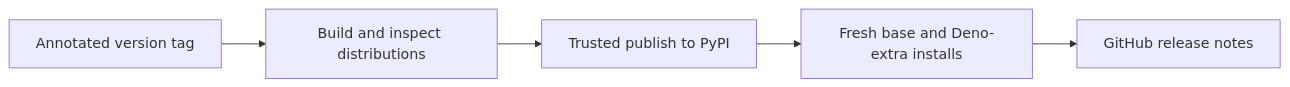
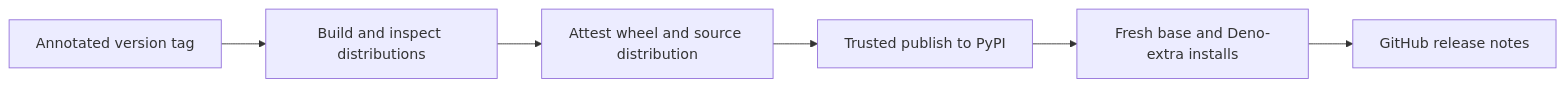
One commit to marimo-team/marimo-studio changed the diagram in development_docs/releasing.md. Above: the diagram before and after it, drawn with Mermaid. The commit also changed other lines of this file and 29 other files, not shown here.

````diff
--- a/development_docs/releasing.md
+++ b/development_docs/releasing.md
@@ -164,7 +206,8 @@
 ```mermaid
 flowchart LR
     Tag[Annotated version tag] --> Build[Build and inspect distributions]
-    Build --> Publish[Trusted publish to PyPI]
+    Build --> Attest[Attest wheel and source distribution]
+    Attest --> Publish[Trusted publish to PyPI]
     Publish --> Verify[Fresh base and Deno-extra installs]
     Verify --> Notes[GitHub release notes]
 ```
````
